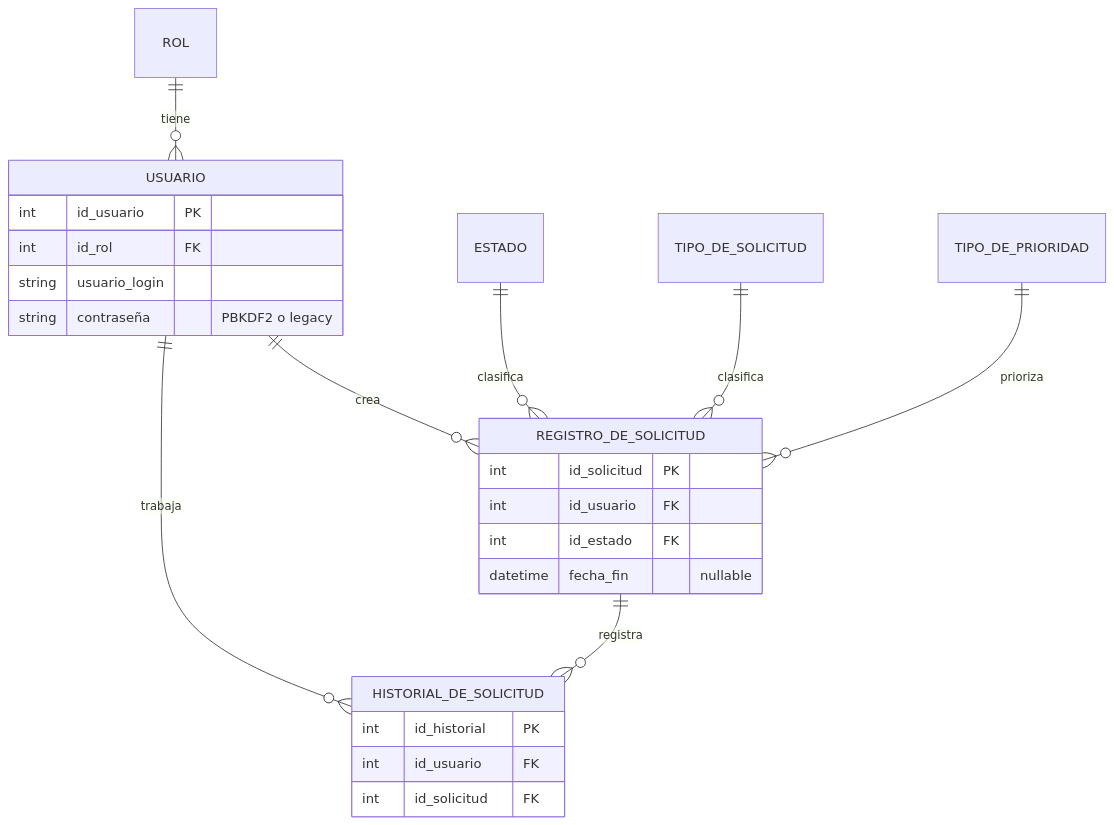
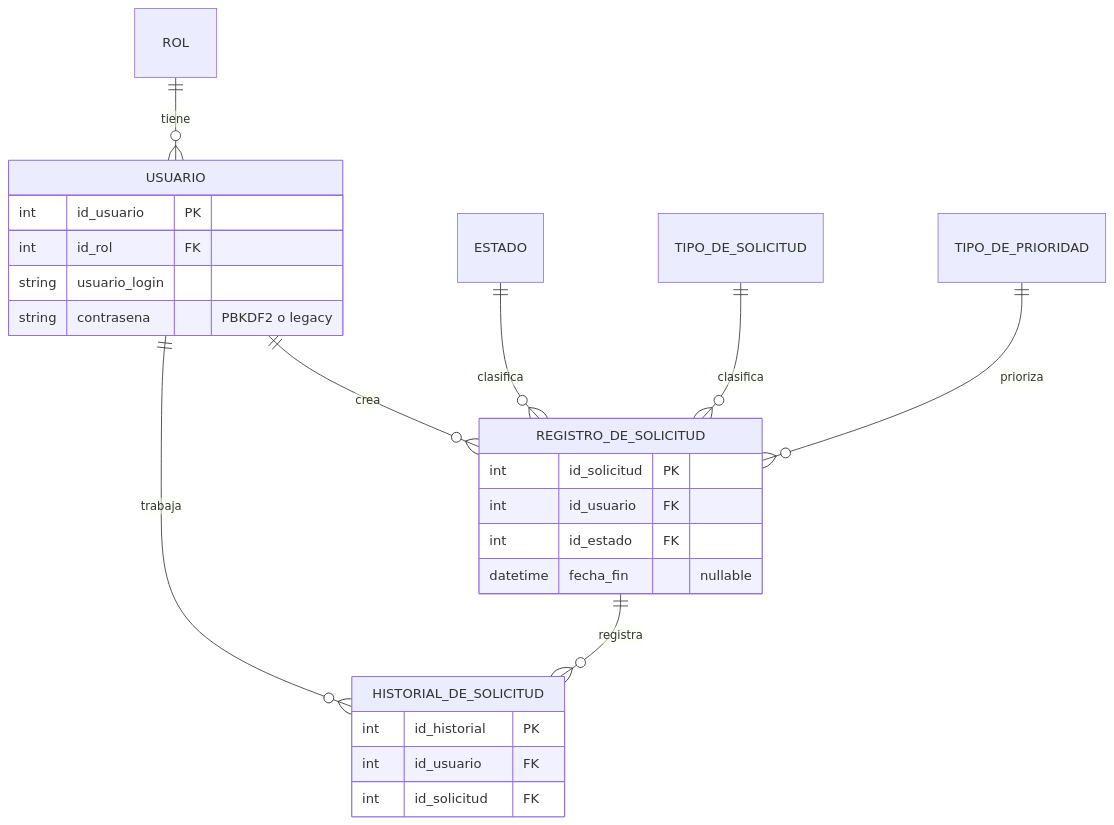
The second of 4 diagrams in docs/arquitectura.md (DrrFunky/ERP-TecElec), drawn with Mermaid before and after one commit. The commit also changed 5 other files, not shown here.

````diff
--- a/docs/arquitectura.md
+++ b/docs/arquitectura.md
@@ -57,28 +57,28 @@
 ```mermaid
 erDiagram
     ROL ||--o{ USUARIO : tiene
     USUARIO ||--o{ REGISTRO_DE_SOLICITUD : crea
     ESTADO ||--o{ REGISTRO_DE_SOLICITUD : clasifica
     TIPO_DE_SOLICITUD ||--o{ REGISTRO_DE_SOLICITUD : clasifica
     TIPO_DE_PRIORIDAD ||--o{ REGISTRO_DE_SOLICITUD : prioriza
     REGISTRO_DE_SOLICITUD ||--o{ HISTORIAL_DE_SOLICITUD : registra
     USUARIO ||--o{ HISTORIAL_DE_SOLICITUD : trabaja
 
     USUARIO {
         int id_usuario PK
         int id_rol FK
         string usuario_login
-        string contraseña "PBKDF2 o legacy"
+        string contrasena "PBKDF2 o legacy"
     }
     REGISTRO_DE_SOLICITUD {
         int id_solicitud PK
         int id_usuario FK
         int id_estado FK
         datetime fecha_fin "nullable"
     }
     HISTORIAL_DE_SOLICITUD {
         int id_historial PK
         int id_usuario FK
         int id_solicitud FK
     }
 ```
````
